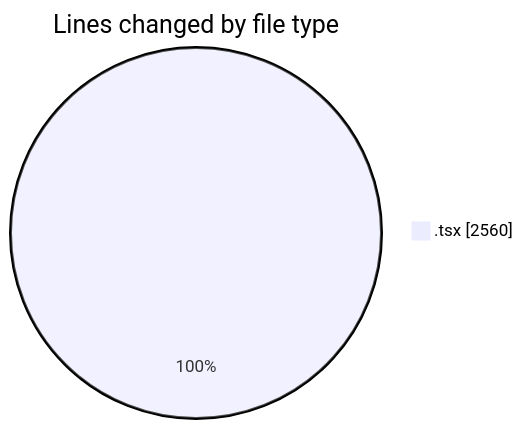
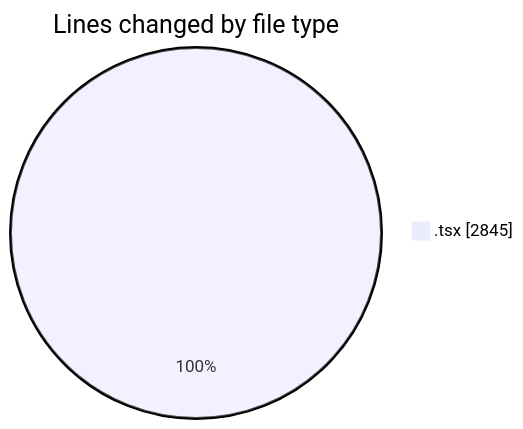
Before and after one commit to nxtqubesakshisongat/code-tracking: the first of 2 diagrams in 2026-03-14/nxtqube_webapp/README.md, drawn with Mermaid. The commit also changed other lines of this file and 1 other file, not shown here.

````diff
--- a/2026-03-14/nxtqube_webapp/README.md
+++ b/2026-03-14/nxtqube_webapp/README.md
@@ -21,5 +22,5 @@
 ```mermaid
 pie showData
 title Lines changed by file type
-".tsx" : 2560
+".tsx" : 2845
 ```
````
